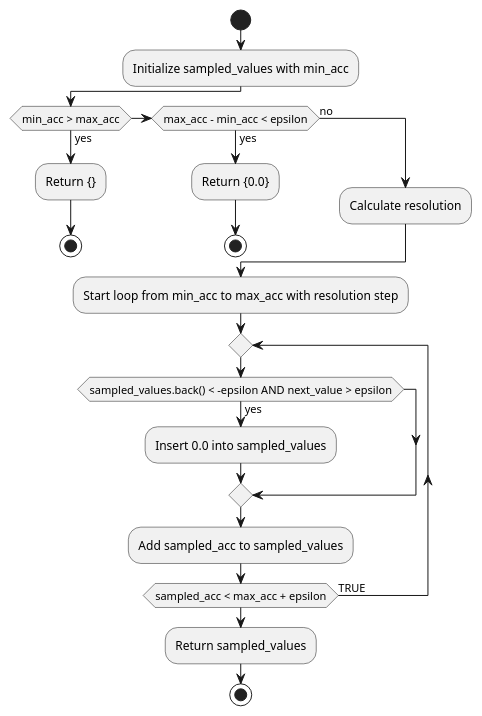
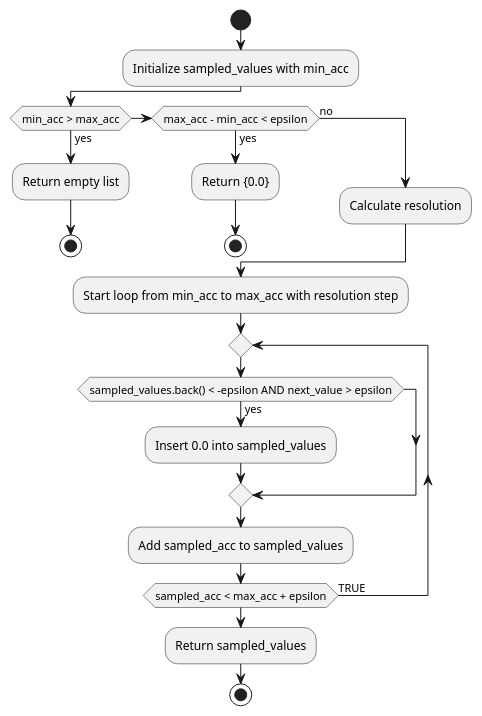
One commit to autowarefoundation/autoware.universe changed the second of 5 diagrams in planning/behavior_path_lane_change_module/README.md. Above: the diagram before and after it, drawn with PlantUML. The commit also changed other lines of this file, not shown here.

Commit message:
update validity check flow chart

````diff
--- a/planning/behavior_path_lane_change_module/README.md
+++ b/planning/behavior_path_lane_change_module/README.md
@@ -118,27 +118,27 @@
 ```plantuml
 @startuml
 start
 :Initialize sampled_values with min_acc;
 
 if (min_acc > max_acc) then (yes)
-  :Return {};
+  :Return empty list;
   stop
 elseif (max_acc - min_acc < epsilon) then (yes)
   :Return {0.0};
   stop
 else (no)
   :Calculate resolution;
 endif
 
 :Start loop from min_acc to max_acc with resolution step;
 repeat
   if (sampled_values.back() < -epsilon AND next_value > epsilon) then (yes)
     :Insert 0.0 into sampled_values;
   endif
   :Add sampled_acc to sampled_values;
   repeat while (sampled_acc < max_acc + epsilon) is (TRUE)
 
 :Return sampled_values;
 stop
 @enduml
 ```
````
